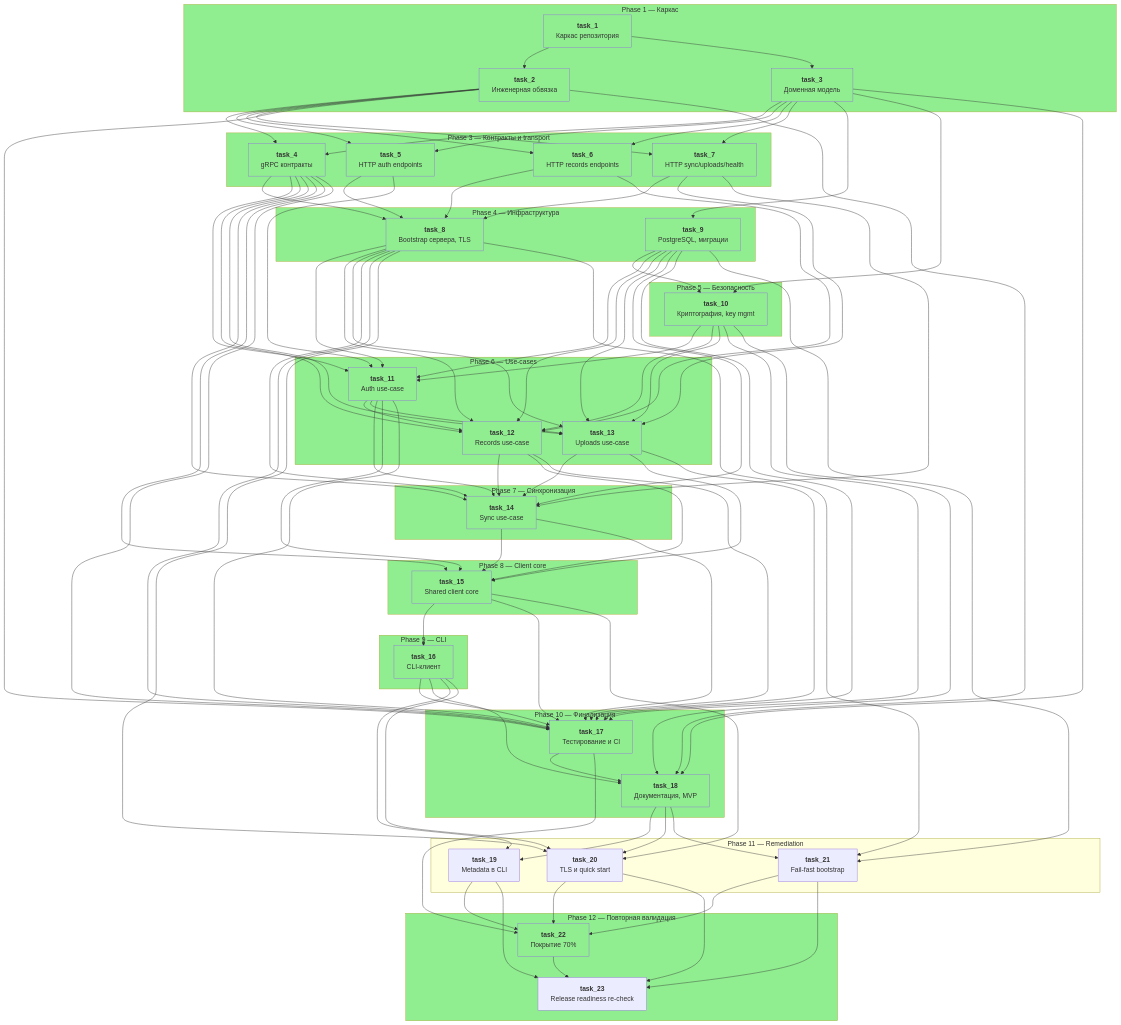
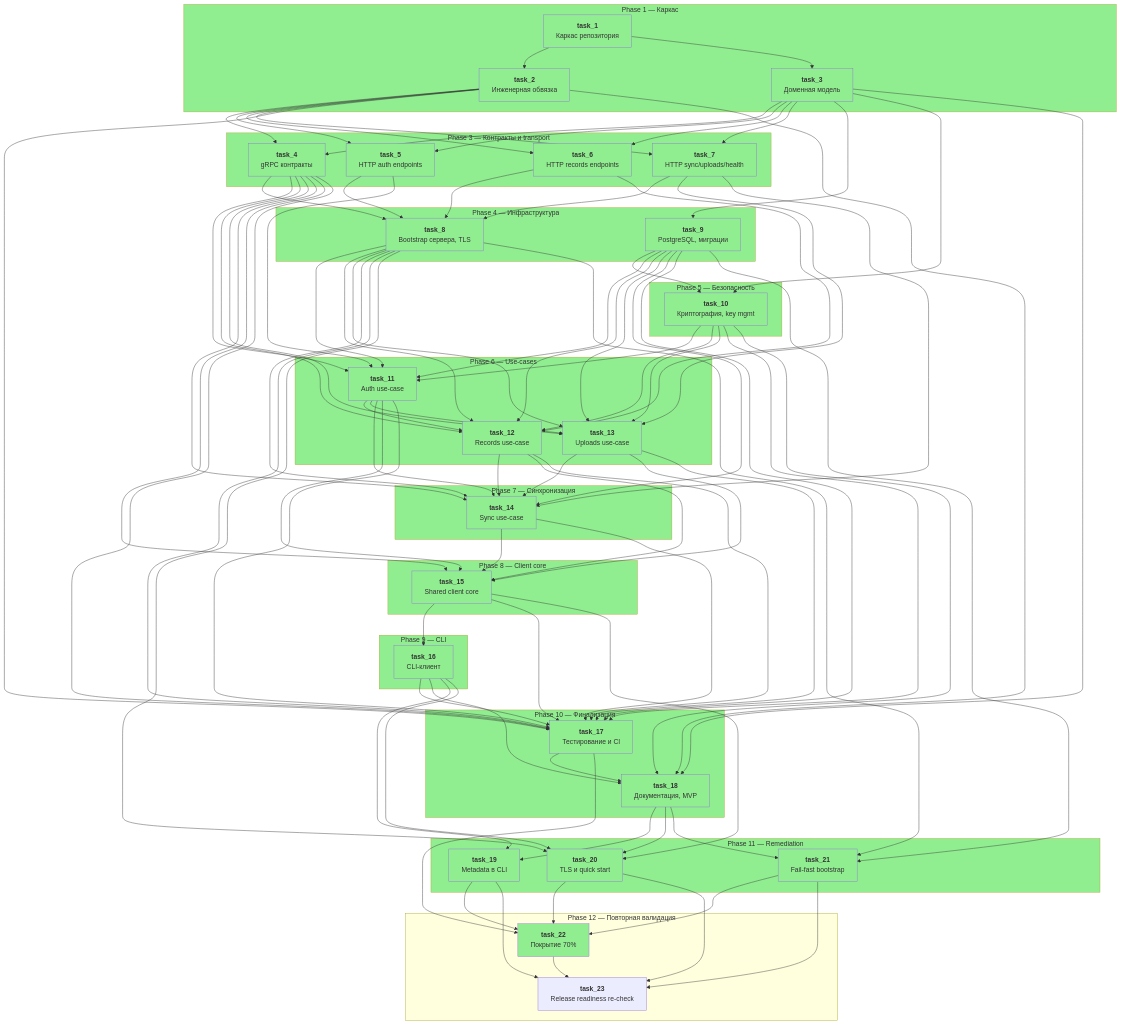
One commit to hydra13/gophkeeper changed the diagram in .memory-bank/steps.md. Above: the diagram before and after it, drawn with Mermaid. The commit also changed other lines of this file and 7 other files, not shown here.

```diff
--- a/.memory-bank/steps.md
+++ b/.memory-bank/steps.md
@@ -81,12 +81,15 @@
         T20["<b>task_20</b><br/>TLS и quick start"]
         T21["<b>task_21</b><br/>Fail-fast bootstrap"]
     end
+    class P11 completed
+    class T19 completed
+    class T20 completed
+    class T21 completed
 
     subgraph P12["Phase 12 — Повторная валидация"]
         T22["<b>task_22</b><br/>Покрытие 70%"]
         T23["<b>task_23</b><br/>Release readiness re-check"]
     end
-    class P12 completed
     class T22 completed
 
     %% Phase 1
```
